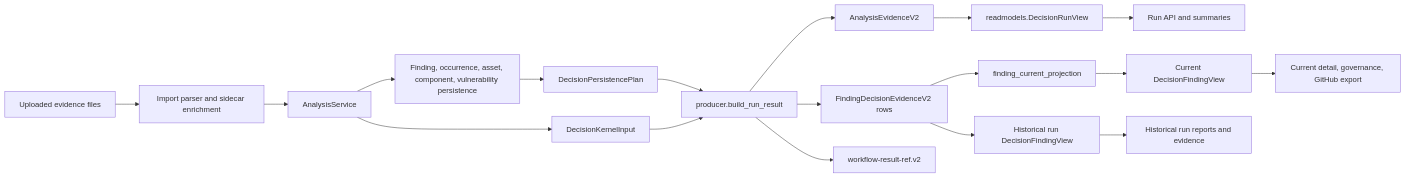
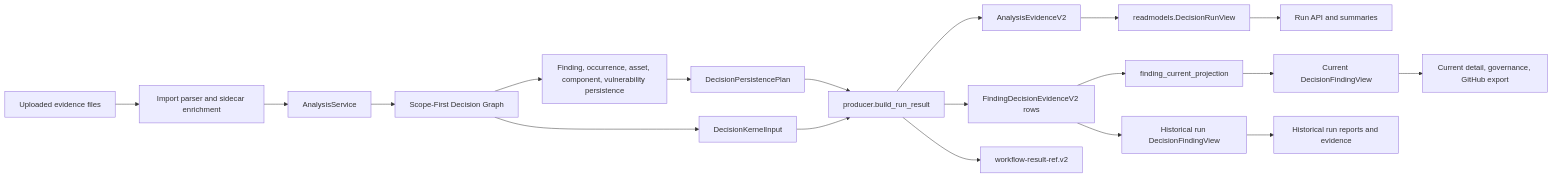
Before and after one commit to Noetheon/vuln-prioritizer-workbench: the diagram in docs/architecture/decision-evidence-kernel.md, drawn with Mermaid. The commit also changed other lines of this file and 243 other files, not shown here.

First line of the commit message:
feat: add scope-first decision graph v2 (#643)

````diff
--- a/docs/architecture/decision-evidence-kernel.md
+++ b/docs/architecture/decision-evidence-kernel.md
@@ -33,20 +34,21 @@
 ```mermaid
 flowchart LR
   A["Uploaded evidence files"] --> B["Import parser and sidecar enrichment"]
   B --> C["AnalysisService"]
-  C --> D["Finding, occurrence, asset, component, vulnerability persistence"]
+  C --> S["Scope-First Decision Graph"]
+  S --> D["Finding, occurrence, asset, component, vulnerability persistence"]
   D --> E["DecisionPersistencePlan"]
-  C --> F["DecisionKernelInput"]
+  S --> F["DecisionKernelInput"]
   E --> G["producer.build_run_result"]
   F --> G
   G --> H["AnalysisEvidenceV2"]
   G --> I["FindingDecisionEvidenceV2 rows"]
   I --> P["finding_current_projection"]
   G --> J["workflow-result-ref.v2"]
   H --> K["readmodels.DecisionRunView"]
   I --> L["Historical run DecisionFindingView"]
   P --> Q["Current DecisionFindingView"]
   K --> M["Run API and summaries"]
   L --> N["Historical run reports and evidence"]
   Q --> O["Current detail, governance, GitHub export"]
 ```
````
